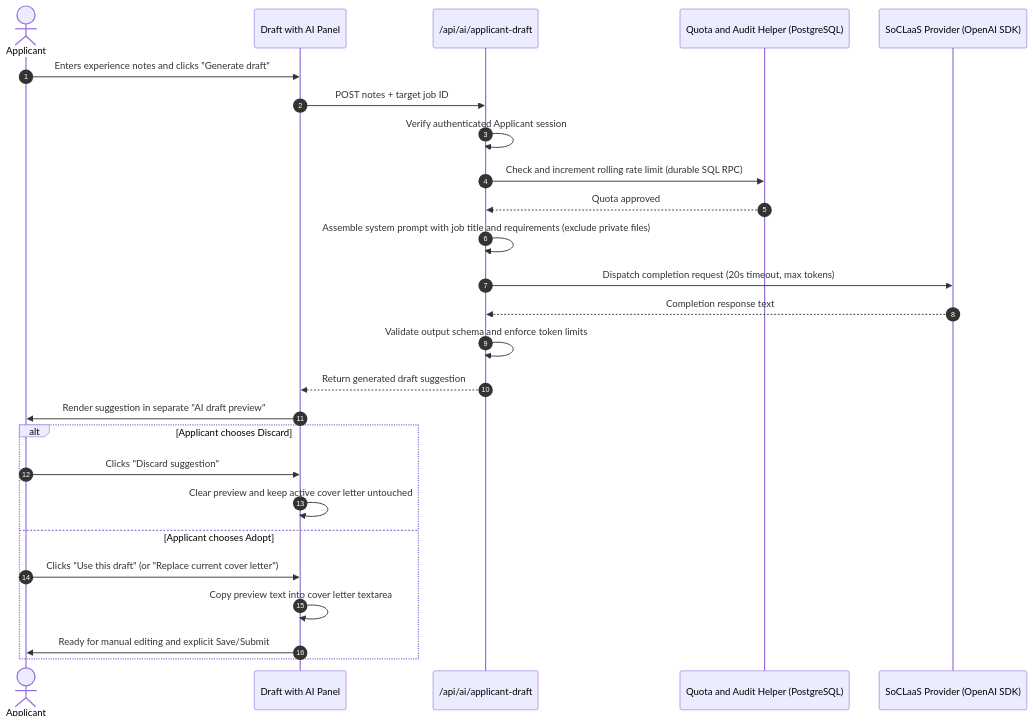
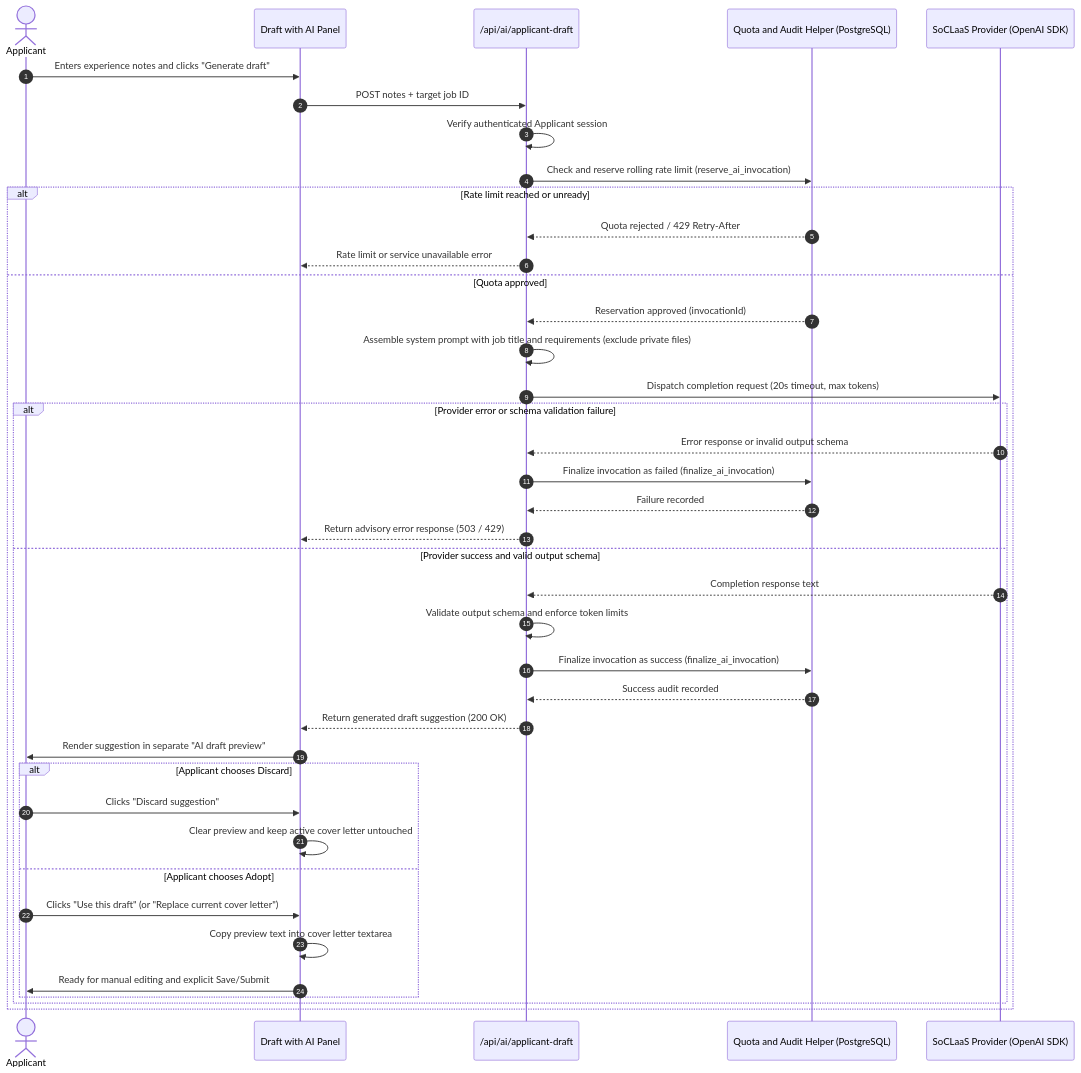
Before and after one commit to CS3227-2610-MP3-ConnectTalent/CS3227-2610-MP3: the fifth of 9 diagrams in docs/DeveloperGuide.md, drawn with Mermaid. The commit also changed other lines of this file and 3 other files, not shown here.

Commit message:
docs(guides): address follow-up review findings and align ERD, upload, and AI sequences

````diff
--- a/docs/DeveloperGuide.md
+++ b/docs/DeveloperGuide.md
@@ -973,29 +975,43 @@
 ```mermaid
 sequenceDiagram
     autonumber
     actor Applicant
     participant UI as Draft with AI Panel
     participant API as /api/ai/applicant-draft
     participant Quota as Quota and Audit Helper (PostgreSQL)
     participant SoCLaaS as SoCLaaS Provider (OpenAI SDK)
 
     Applicant->>UI: Enters experience notes and clicks "Generate draft"
     UI->>API: POST notes + target job ID
     API->>API: Verify authenticated Applicant session
-    API->>Quota: Check and increment rolling rate limit (durable SQL RPC)
-    Quota-->>API: Quota approved
-    API->>API: Assemble system prompt with job title and requirements (exclude private files)
-    API->>SoCLaaS: Dispatch completion request (20s timeout, max tokens)
-    SoCLaaS-->>API: Completion response text
-    API->>API: Validate output schema and enforce token limits
-    API-->>UI: Return generated draft suggestion
-    UI->>Applicant: Render suggestion in separate "AI draft preview"
-    alt Applicant chooses Discard
-        Applicant->>UI: Clicks "Discard suggestion"
-        UI->>UI: Clear preview and keep active cover letter untouched
-    else Applicant chooses Adopt
-        Applicant->>UI: Clicks "Use this draft" (or "Replace current cover letter")
-        UI->>UI: Copy preview text into cover letter textarea
-        UI->>Applicant: Ready for manual editing and explicit Save/Submit
+    API->>Quota: Check and reserve rolling rate limit (reserve_ai_invocation)
+    alt Rate limit reached or unready
+        Quota-->>API: Quota rejected / 429 Retry-After
+        API-->>UI: Rate limit or service unavailable error
+    else Quota approved
+        Quota-->>API: Reservation approved (invocationId)
+        API->>API: Assemble system prompt with job title and requirements (exclude private files)
+        API->>SoCLaaS: Dispatch completion request (20s timeout, max tokens)
+        alt Provider error or schema validation failure
+            SoCLaaS-->>API: Error response or invalid output schema
+            API->>Quota: Finalize invocation as failed (finalize_ai_invocation)
+            Quota-->>API: Failure recorded
+            API-->>UI: Return advisory error response (503 / 429)
+        else Provider success and valid output schema
+            SoCLaaS-->>API: Completion response text
+            API->>API: Validate output schema and enforce token limits
+            API->>Quota: Finalize invocation as success (finalize_ai_invocation)
+            Quota-->>API: Success audit recorded
+            API-->>UI: Return generated draft suggestion (200 OK)
+            UI->>Applicant: Render suggestion in separate "AI draft preview"
+            alt Applicant chooses Discard
+                Applicant->>UI: Clicks "Discard suggestion"
+                UI->>UI: Clear preview and keep active cover letter untouched
+            else Applicant chooses Adopt
+                Applicant->>UI: Clicks "Use this draft" (or "Replace current cover letter")
+                UI->>UI: Copy preview text into cover letter textarea
+                UI->>Applicant: Ready for manual editing and explicit Save/Submit
+            end
+        end
     end
 ```
````
